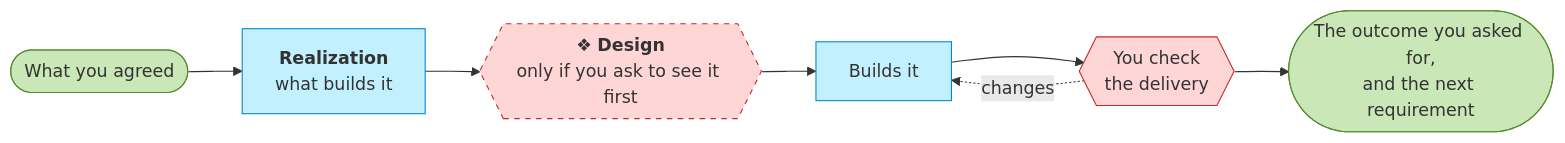
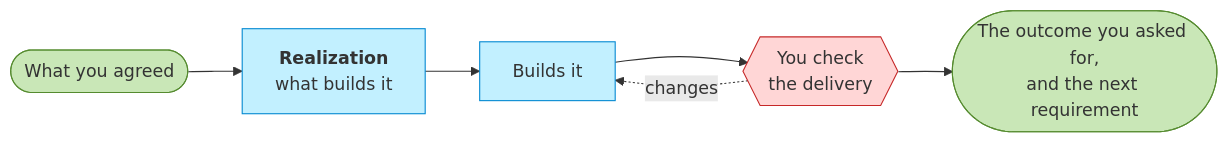
The second of 2 diagrams in README.md (roanboc/archreator), drawn with Mermaid before and after one commit. The commit also changed other lines of this file and 68 other files, not shown here.

````diff
--- a/README.md
+++ b/README.md
@@ -77,17 +73,15 @@
 ```mermaid
 flowchart LR
   inp(["What you agreed"]):::done
   realization["<b>Realization</b><br/>what builds it"]:::ai
-  gC{{"❖ <b>Design</b><br/>only if you ask to see it first"}}:::gateopt
   build["Builds it"]:::ai
   check{{"You check<br/>the delivery"}}:::gate
   out(["The outcome you asked for,<br/>and the next requirement"]):::done
 
-  inp --> realization --> gC --> build --> check --> out
+  inp --> realization --> build --> check --> out
   check -.->|"changes"| build
   classDef human fill:#e6d6f5,stroke:#7e57c2,color:#333
   classDef ai fill:#c2f0ff,stroke:#0288d1,color:#333
   classDef gate fill:#ffd6d6,stroke:#c62828,color:#333
-  classDef gateopt fill:#ffd6d6,stroke:#c62828,color:#333,stroke-dasharray: 5 5
   classDef done fill:#c9e7b7,stroke:#558b2f,color:#333
 ```
````
